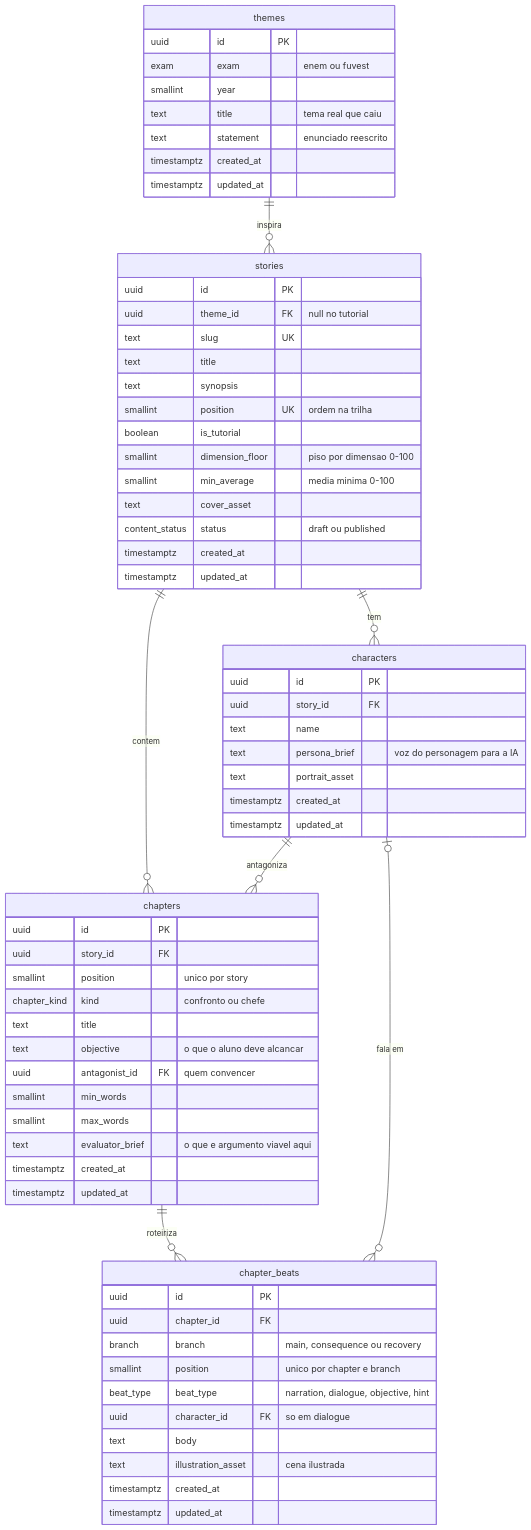
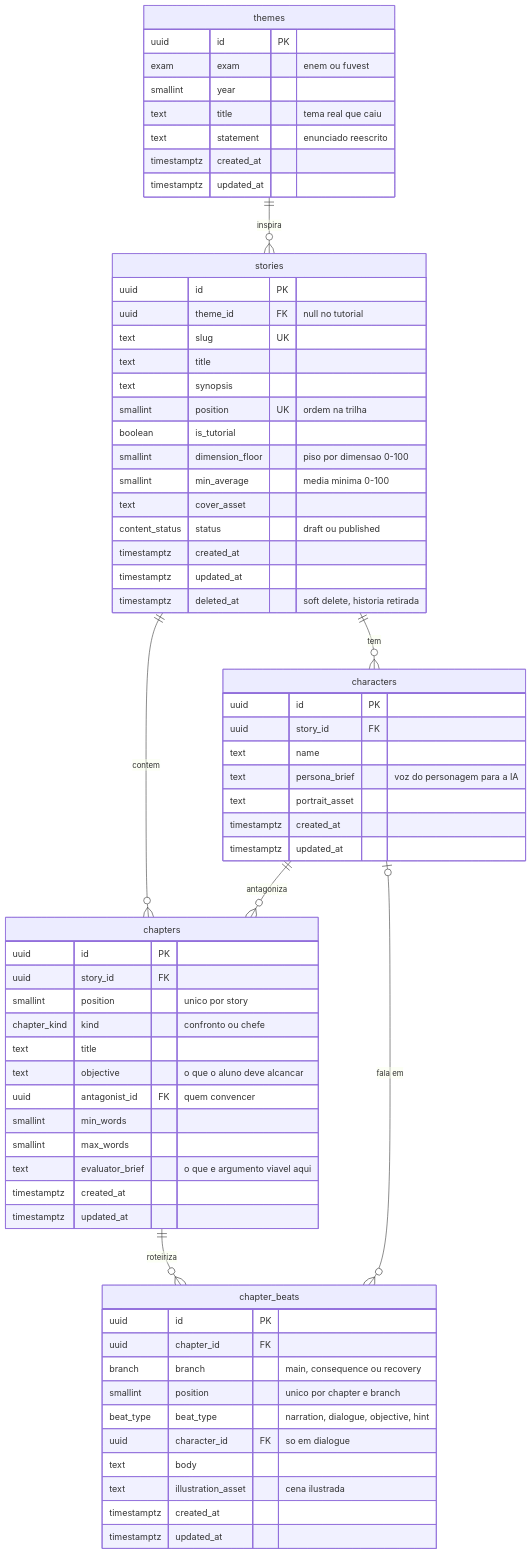
Before and after one commit to kaualimadesouza/argumenta-api: the third of 5 diagrams in docs/DER.md, drawn with Mermaid. The commit also changed other lines of this file, not shown here.

Commit message:
docs: DER v0.4 - soft delete on stories

````diff
--- a/docs/DER.md
+++ b/docs/DER.md
@@ -116,68 +119,69 @@
 ```mermaid
 erDiagram
   themes {
     uuid id PK
     exam exam "enem ou fuvest"
     smallint year
     text title "tema real que caiu"
     text statement "enunciado reescrito"
     timestamptz created_at
     timestamptz updated_at
   }
   stories {
     uuid id PK
     uuid theme_id FK "null no tutorial"
     text slug UK
     text title
     text synopsis
     smallint position UK "ordem na trilha"
     boolean is_tutorial
     smallint dimension_floor "piso por dimensao 0-100"
     smallint min_average "media minima 0-100"
     text cover_asset
     content_status status "draft ou published"
     timestamptz created_at
     timestamptz updated_at
+    timestamptz deleted_at "soft delete, historia retirada"
   }
   characters {
     uuid id PK
     uuid story_id FK
     text name
     text persona_brief "voz do personagem para a IA"
     text portrait_asset
     timestamptz created_at
     timestamptz updated_at
   }
   chapters {
     uuid id PK
     uuid story_id FK
     smallint position "unico por story"
     chapter_kind kind "confronto ou chefe"
     text title
     text objective "o que o aluno deve alcancar"
     uuid antagonist_id FK "quem convencer"
     smallint min_words
     smallint max_words
     text evaluator_brief "o que e argumento viavel aqui"
     timestamptz created_at
     timestamptz updated_at
   }
   chapter_beats {
     uuid id PK
     uuid chapter_id FK
     branch branch "main, consequence ou recovery"
     smallint position "unico por chapter e branch"
     beat_type beat_type "narration, dialogue, objective, hint"
     uuid character_id FK "so em dialogue"
     text body
     text illustration_asset "cena ilustrada"
     timestamptz created_at
     timestamptz updated_at
   }
   themes ||--o{ stories : "inspira"
   stories ||--o{ characters : "tem"
   stories ||--o{ chapters : "contem"
   characters ||--o{ chapters : "antagoniza"
   chapters ||--o{ chapter_beats : "roteiriza"
   characters |o--o{ chapter_beats : "fala em"
 ```
````
